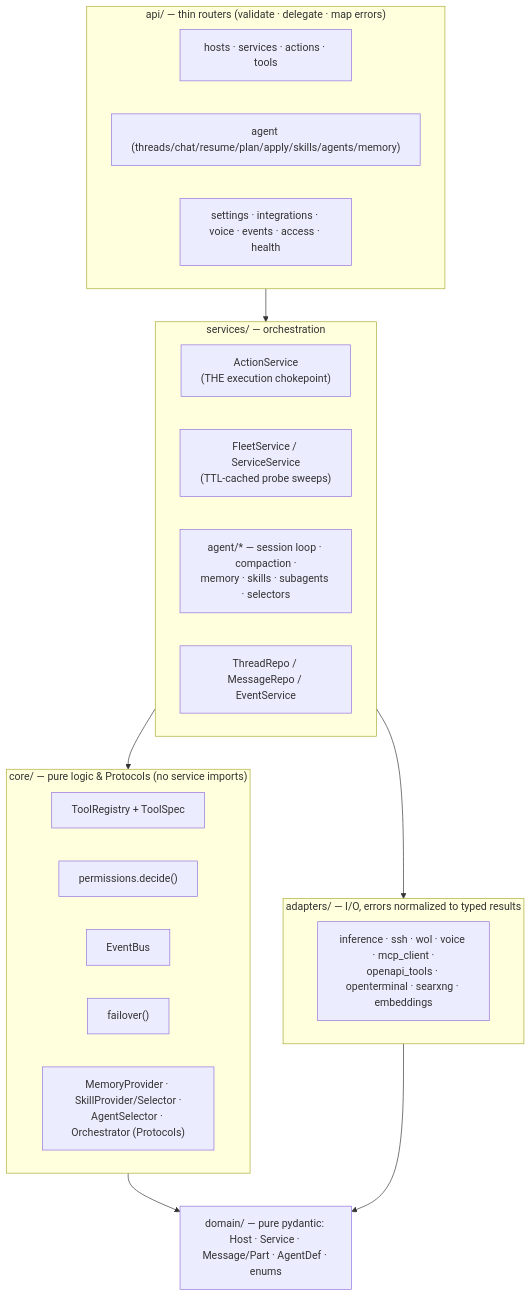
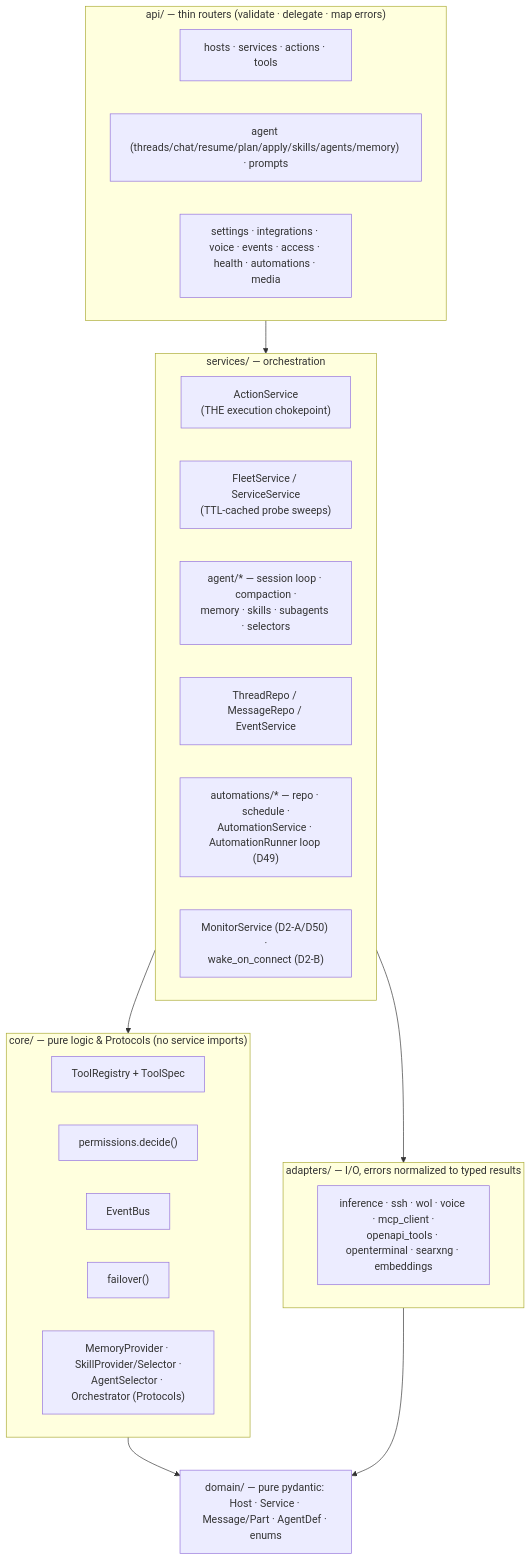
One commit to nengoxx/ctrl-b changed the third of 11 diagrams in docs/SPEC.md. Above: the diagram before and after it, drawn with Mermaid. The commit also changed other lines of this file and 17 other files, not shown here.

````diff
--- a/docs/SPEC.md
+++ b/docs/SPEC.md
@@ -116,30 +121,32 @@
 ```mermaid
 flowchart TB
     subgraph api["api/ — thin routers (validate · delegate · map errors)"]
         r1["hosts · services · actions · tools"]
-        r2["agent (threads/chat/resume/plan/apply/skills/agents/memory)"]
-        r3["settings · integrations · voice · events · access · health"]
+        r2["agent (threads/chat/resume/plan/apply/skills/agents/memory) · prompts"]
+        r3["settings · integrations · voice · events · access · health · automations · media"]
     end
     subgraph services["services/ — orchestration"]
         acts["ActionService\n(THE execution chokepoint)"]
         flt["FleetService / ServiceService\n(TTL-cached probe sweeps)"]
         agent["agent/* — session loop · compaction ·\nmemory · skills · subagents · selectors"]
         repos["ThreadRepo / MessageRepo / EventService"]
+        auto["automations/* — repo · schedule ·\nAutomationService · AutomationRunner loop (D49)"]
+        watch["MonitorService (D2-A/D50) ·\nwake_on_connect (D2-B)"]
     end
     subgraph core["core/ — pure logic & Protocols (no service imports)"]
         reg["ToolRegistry + ToolSpec"]
         perm["permissions.decide()"]
         bus["EventBus"]
         fo["failover()"]
         protos["MemoryProvider · SkillProvider/Selector ·\nAgentSelector · Orchestrator (Protocols)"]
     end
     subgraph adapters["adapters/ — I/O, errors normalized to typed results"]
         ad["inference · ssh · wol · voice · mcp_client ·\nopenapi_tools · openterminal · searxng · embeddings"]
     end
     domain["domain/ — pure pydantic: Host · Service · Message/Part · AgentDef · enums"]
 
     api --> services --> core
     services --> adapters
     core --> domain
     adapters --> domain
 ```
````
